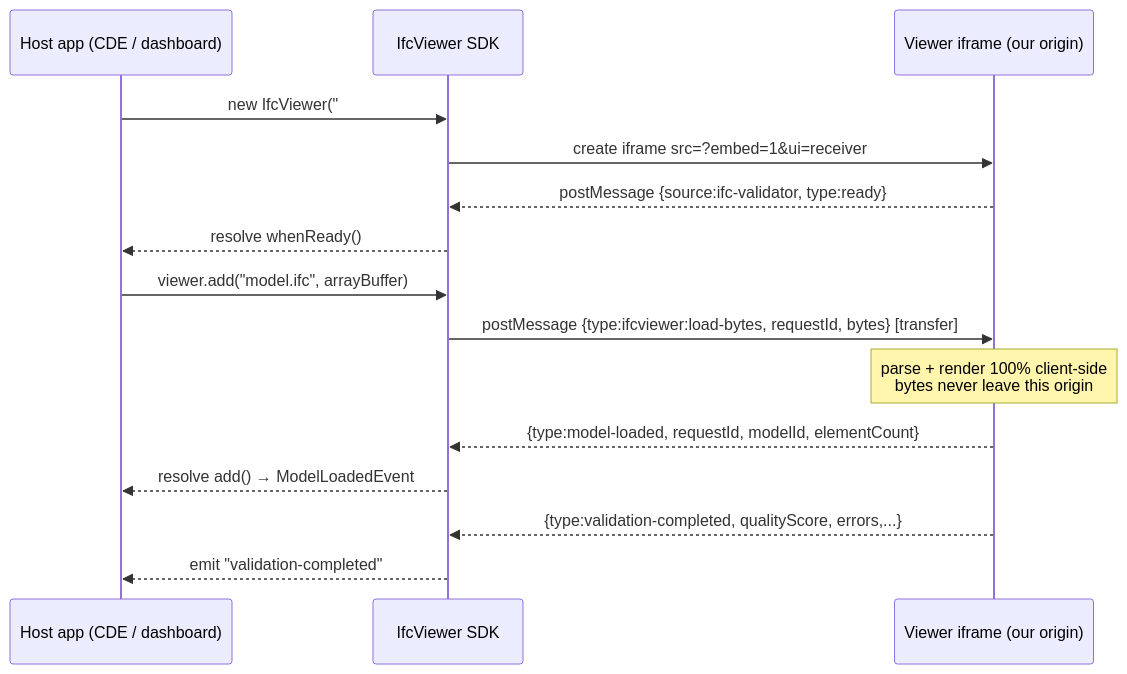
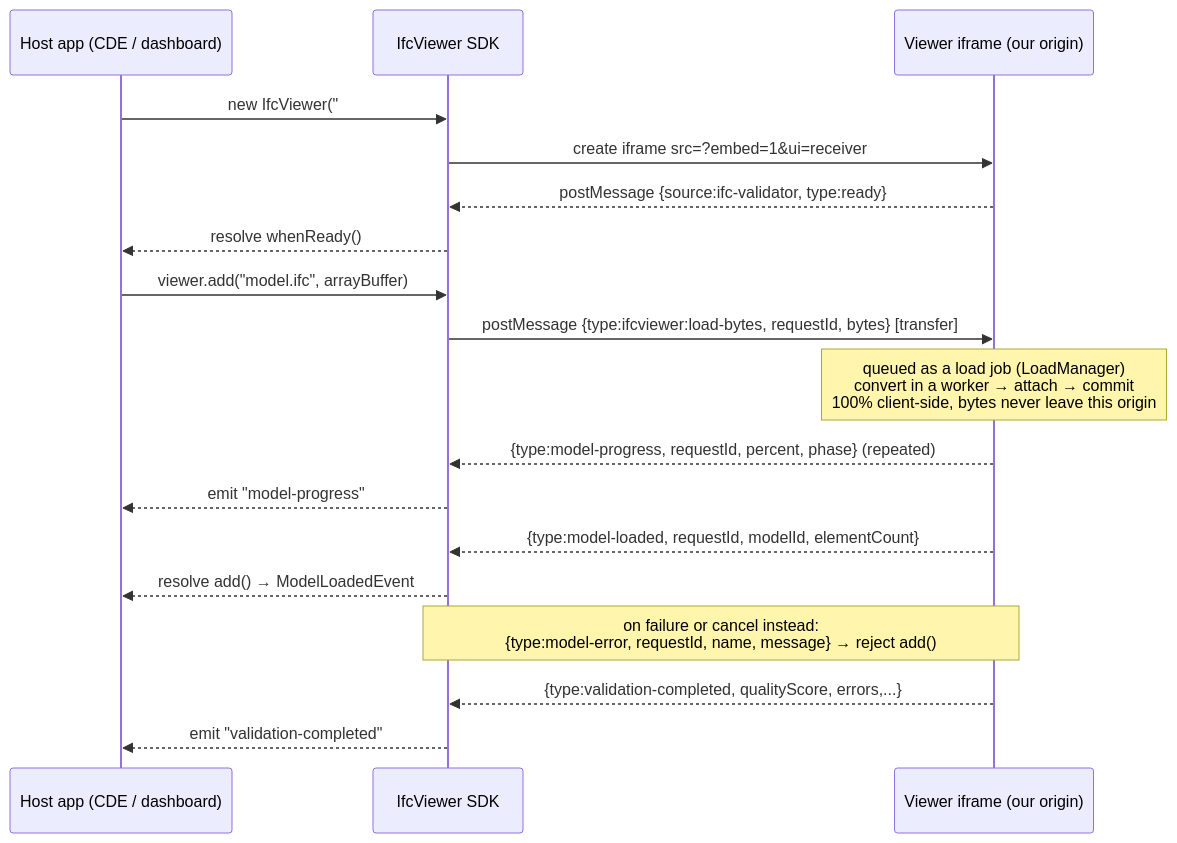
One commit to j03rul4nd/ifc-viewer-online changed the first of 3 diagrams in docs/INTEGRATIONS.md. Above: the diagram before and after it, drawn with Mermaid. The commit also changed other lines of this file and 127 other files, not shown here.

````diff
--- a/docs/INTEGRATIONS.md
+++ b/docs/INTEGRATIONS.md
@@ -82,18 +84,21 @@
 ```mermaid
 sequenceDiagram
     participant Host as Host app (CDE / dashboard)
     participant SDK as IfcViewer SDK
     participant IFrame as Viewer iframe (our origin)
 
     Host->>SDK: new IfcViewer("#el", { ui:"receiver" })
     SDK->>IFrame: create iframe src=?embed=1&ui=receiver
     IFrame-->>SDK: postMessage {source:ifc-validator, type:ready}
     SDK-->>Host: resolve whenReady()
     Host->>SDK: viewer.add("model.ifc", arrayBuffer)
     SDK->>IFrame: postMessage {type:ifcviewer:load-bytes, requestId, bytes}  [transfer]
-    Note over IFrame: parse + render 100% client-side<br/>bytes never leave this origin
+    Note over IFrame: queued as a load job (LoadManager)<br/>convert in a worker → attach → commit<br/>100% client-side, bytes never leave this origin
+    IFrame-->>SDK: {type:model-progress, requestId, percent, phase} (repeated)
+    SDK-->>Host: emit "model-progress"
     IFrame-->>SDK: {type:model-loaded, requestId, modelId, elementCount}
     SDK-->>Host: resolve add() → ModelLoadedEvent
+    Note over IFrame,SDK: on failure or cancel instead:<br/>{type:model-error, requestId, name, message} → reject add()
     IFrame-->>SDK: {type:validation-completed, qualityScore, errors,...}
     SDK-->>Host: emit "validation-completed"
 ```
````
